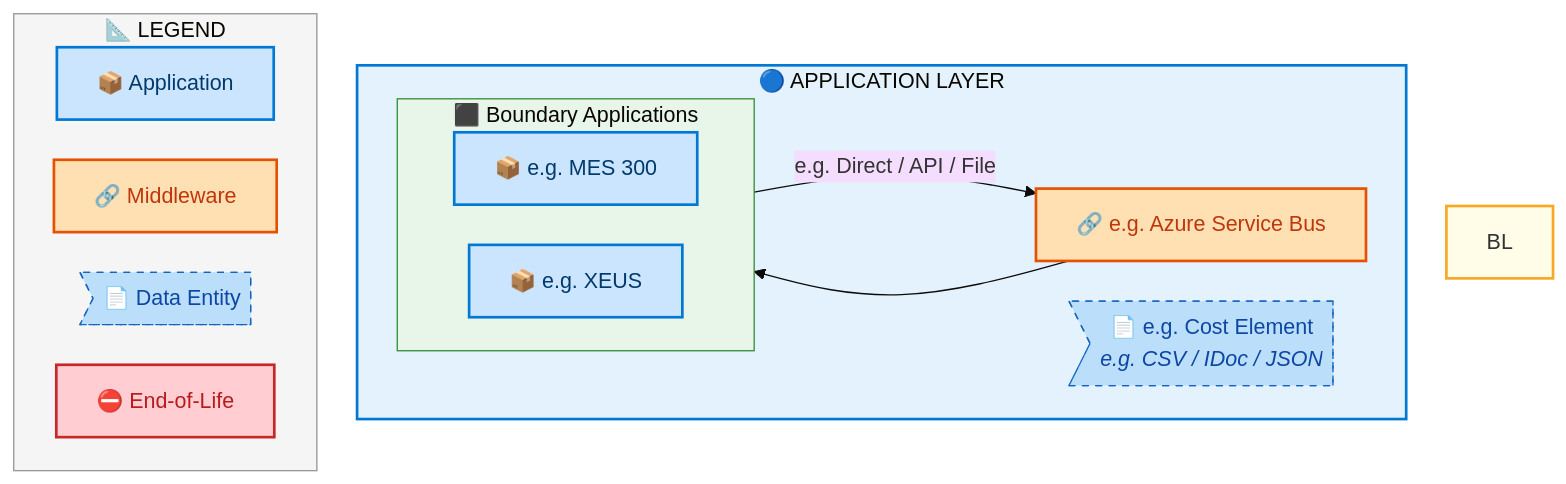
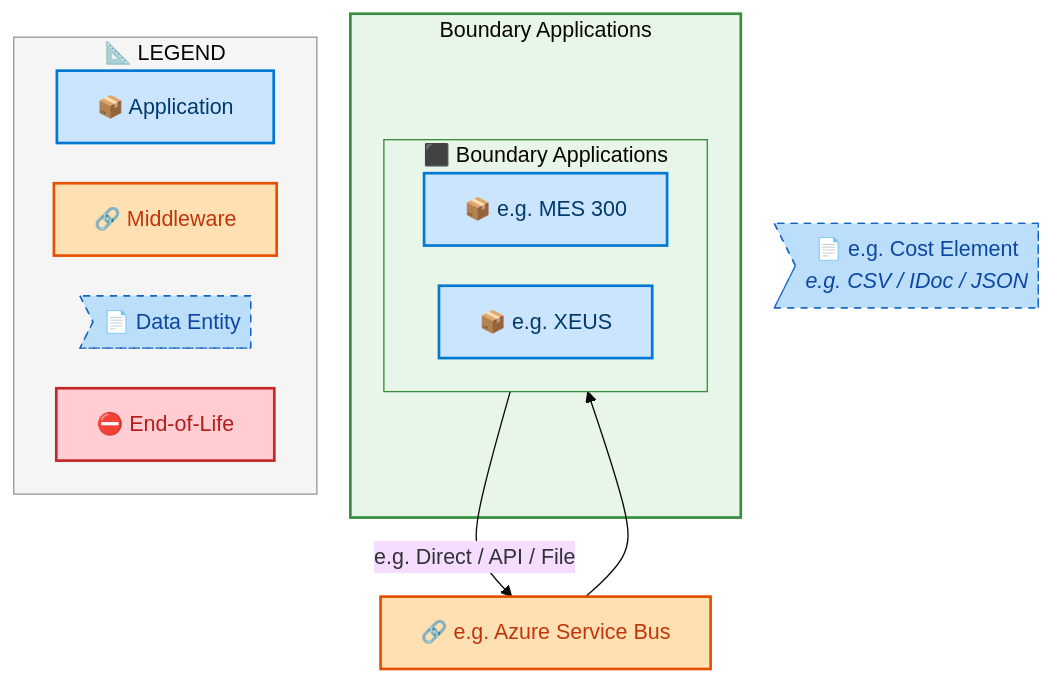
One commit to sajivfrancis777/IAO-Architecture changed diagram 19 of 21 in towers/E2E/Order to Cash/IF_Simplified_PO-SO_Model/output/docs/systems-architecture/IF_Simplified_PO-SO_Model-Architecture.md. Above: the diagram before and after it, drawn with Mermaid. The commit also changed other lines of this file and 106 other files, not shown here.

First line of the commit message:
feat: tier-grouped swim lane layout for architecture diagrams

````diff
--- a/towers/E2E/Order to Cash/IF_Simplified_PO-SO_Model/output/docs/systems-architecture/IF_Simplified_PO-SO_Model-Architecture.md
+++ b/towers/E2E/Order to Cash/IF_Simplified_PO-SO_Model/output/docs/systems-architecture/IF_Simplified_PO-SO_Model-Architecture.md
@@ -2843,41 +2842,40 @@
 ```mermaid
 %%{init: {"theme": "base", "securityLevel": "loose", "themeVariables": {"fontSize": "16px", "fontFamily": "Segoe UI, Arial, sans-serif"}, "flowchart": {"useMaxWidth": false, "htmlLabels": true, "nodeSpacing": 30, "rankSpacing": 35}} }%%
 flowchart TB
     %% -- ArchiMate 3.2 + Azure style classes --
     classDef business      fill:#FFFFB3,stroke:#F9A825,stroke-width:2px,color:#000
     classDef app           fill:#CCE5FF,stroke:#0078D4,stroke-width:2px,color:#003A6C
     classDef data          fill:#BBDEFB,stroke:#1565C0,stroke-width:1px,color:#0D47A1,stroke-dasharray: 5 5
     classDef middleware    fill:#FFE0B2,stroke:#E65100,stroke-width:2px,color:#BF360C
     classDef eol           fill:#FFCDD2,stroke:#C62828,stroke-width:2px,color:#B71C1C
     classDef saas          fill:#E1BEE7,stroke:#7B1FA2,stroke-width:2px,color:#4A148C
     classDef cloud         fill:#BBDEFB,stroke:#1565C0,stroke-width:2px,color:#0D47A1
     classDef onprem        fill:#C8E6C9,stroke:#2E7D32,stroke-width:2px,color:#1B5E20
 
-    subgraph AL["🔵 APPLICATION LAYER"]
+    subgraph IF_Simplified_POSO_ModelFT_Boundary_Applications["Boundary Applications"]
         subgraph IF_Simplified_POSO_ModelFLN_Boundary_Applications[" ⬛ Boundary Applications"]
             direction LR
             IF_Simplified_POSO_ModelF_e_g_MES_300["📦 e.g. MES 300"]:::app
             IF_Simplified_POSO_ModelF_e_g_XEUS["📦 e.g. XEUS"]:::app
         end
-        IF_Simplified_POSO_ModelFMW_e_g_Azure_Service_Bus["🔗 e.g. Azure Service Bus"]:::middleware
-        IF_Simplified_POSO_ModelFDE_e_g_Cost_Element>"📄 e.g. Cost Element<br/><i>e.g. CSV / IDoc / JSON</i>"]:::data
     end
+
+    IF_Simplified_POSO_ModelFMW_e_g_Azure_Service_Bus["🔗 e.g. Azure Service Bus"]:::middleware
+    IF_Simplified_POSO_ModelFDE_e_g_Cost_Element>"📄 e.g. Cost Element<br/><i>e.g. CSV / IDoc / JSON</i>"]:::data
 
     IF_Simplified_POSO_ModelF_e_g_MES_300 -->|"e.g. Direct / API / File"| IF_Simplified_POSO_ModelFMW_e_g_Azure_Service_Bus
     IF_Simplified_POSO_ModelFMW_e_g_Azure_Service_Bus --> IF_Simplified_POSO_ModelF_e_g_XEUS
 
 
-    style BL fill:#FFFDE7,stroke:#F9A825,stroke-width:2px
-    style AL fill:#E3F2FD,stroke:#0078D4,stroke-width:2px
-
+    style IF_Simplified_POSO_ModelFT_Boundary_Applications fill:#E8F5E9,stroke:#388E3C,stroke-width:2px
     style IF_Simplified_POSO_ModelFLN_Boundary_Applications fill:#E8F5E9,stroke:#388E3C,stroke-width:1px
 
     subgraph Legend["📐 LEGEND"]
         direction LR
         L_APP["📦 Application"]:::app
         L_MW["🔗 Middleware"]:::middleware
         L_DE>"📄 Data Entity"]:::data
         L_EOL["⛔ End-of-Life"]:::eol
     end
     style Legend fill:#F5F5F5,stroke:#999,stroke-width:1px
 ```
````
